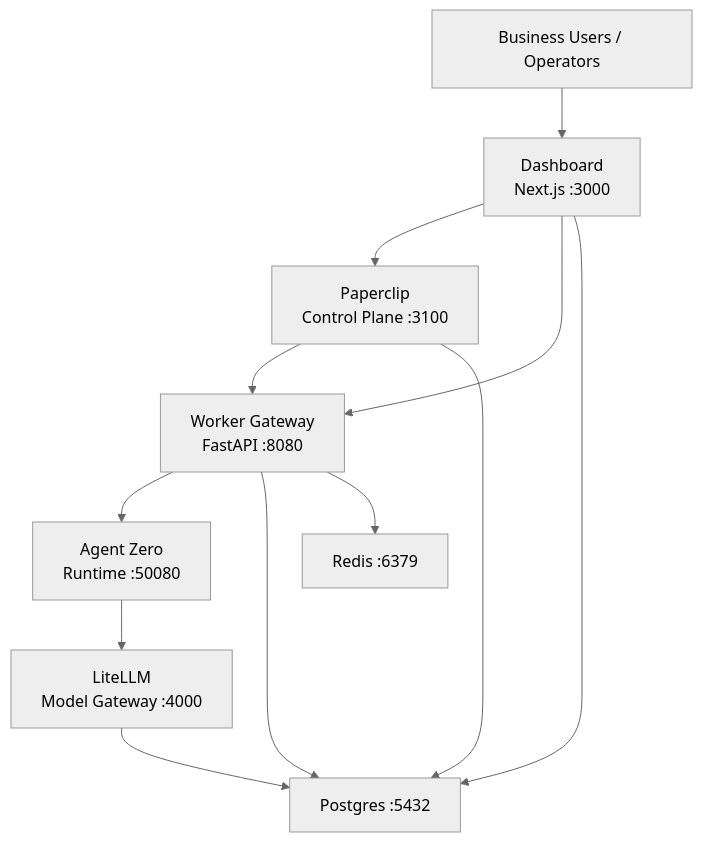
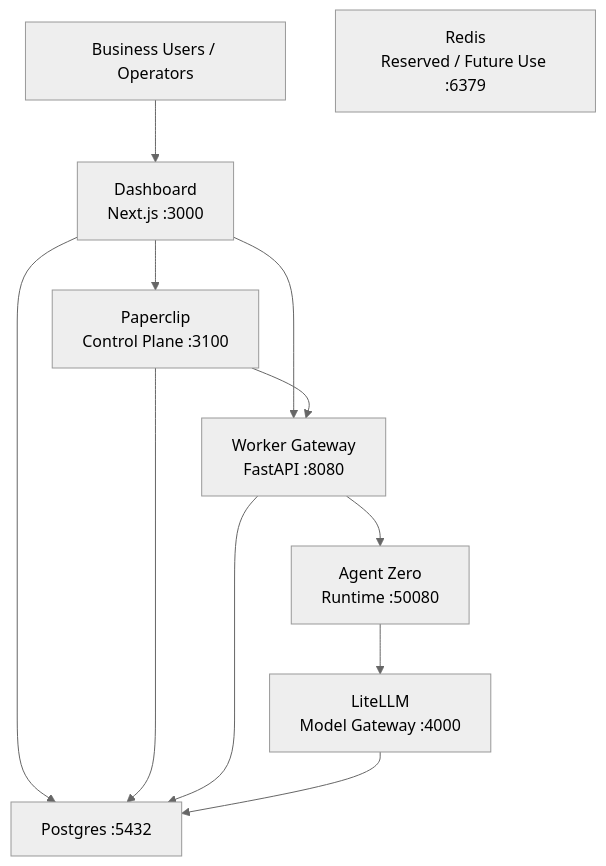
Before and after one commit to psilodigital/psilo-habilis: the diagram in README.md, drawn with Mermaid (neutral theme). The commit also changed other lines of this file and 9 other files, not shown here.

````diff
--- a/README.md
+++ b/README.md
@@ -24,27 +24,25 @@
 ```mermaid
 flowchart TB
     USER["Business Users / Operators"]
 
     DASH["Dashboard<br/>Next.js :3000"]
     PAPER["Paperclip<br/>Control Plane :3100"]
     GATE["Worker Gateway<br/>FastAPI :8080"]
     A0["Agent Zero<br/>Runtime :50080"]
     LLM["LiteLLM<br/>Model Gateway :4000"]
     PG["Postgres :5432"]
-    REDIS["Redis :6379"]
+    REDIS["Redis<br/>Reserved / Future Use :6379"]
 
     USER --> DASH
     DASH --> PAPER
     DASH --> GATE
     DASH --> PG
 
     PAPER --> GATE
     PAPER --> PG
 
     GATE --> A0
     GATE --> PG
-    GATE --> REDIS
-
     A0 --> LLM
     LLM --> PG
 ```
````
